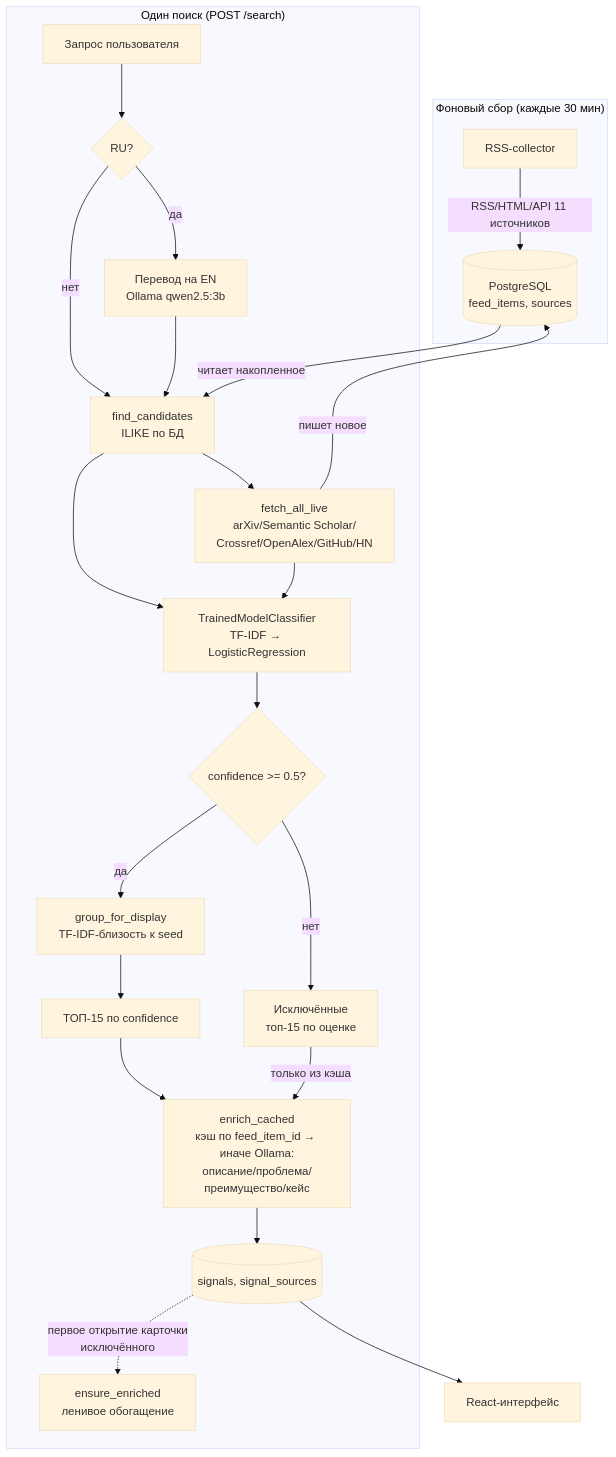
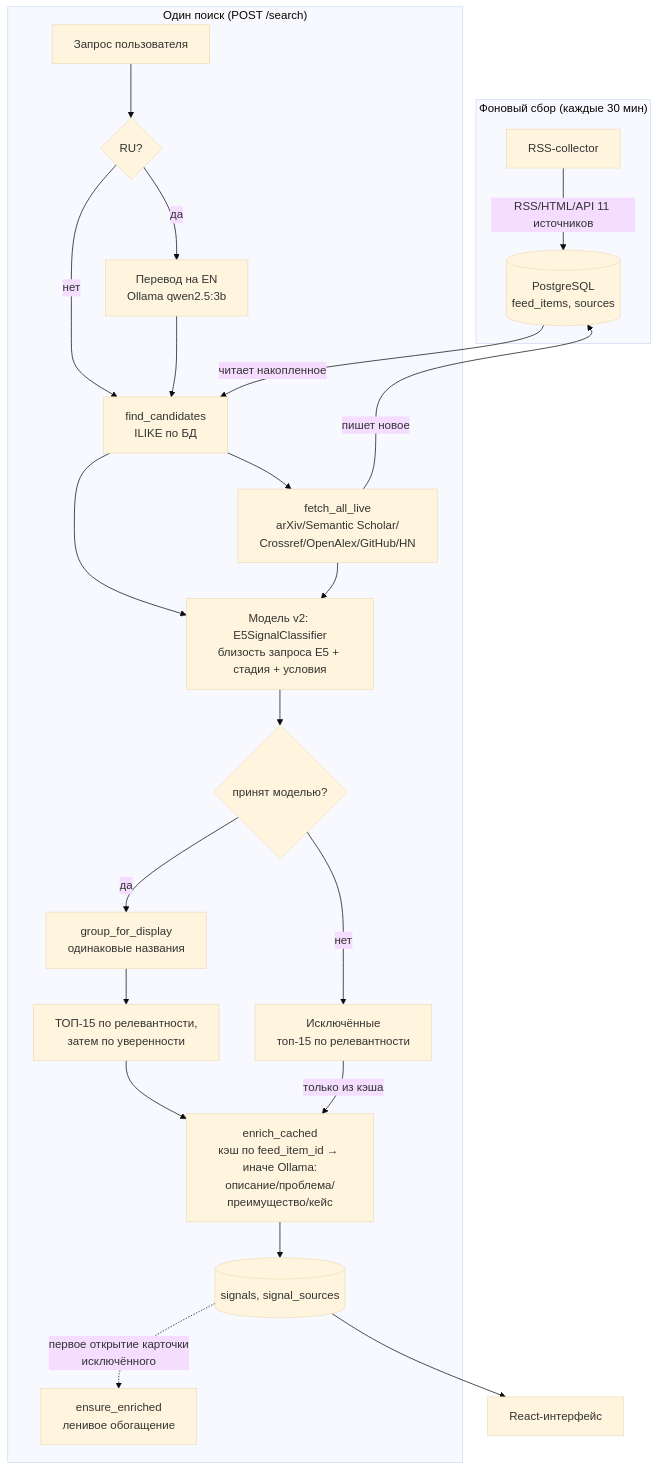
One commit to F-kite/lct26_hakaton changed the diagram in docs/PIPELINE.md. Above: the diagram before and after it, drawn with Mermaid (base theme). The commit also changed other lines of this file and 21 other files, not shown here.

````diff
--- a/docs/PIPELINE.md
+++ b/docs/PIPELINE.md
@@ -9,28 +9,28 @@
 ```mermaid
 flowchart TB
     subgraph background["Фоновый сбор (каждые 30 мин)"]
         RSS[RSS-collector] -->|RSS/HTML/API 11 источников| DB[(PostgreSQL<br/>feed_items, sources)]
     end
 
     subgraph search["Один поиск (POST /search)"]
         Q[Запрос пользователя] --> T{RU?}
         T -->|да| TR[Перевод на EN<br/>Ollama qwen2.5:3b]
         T -->|нет| C
         TR --> C[find_candidates<br/>ILIKE по БД]
         C --> L[fetch_all_live<br/>arXiv/Semantic Scholar/<br/>Crossref/OpenAlex/GitHub/HN]
         L -->|пишет новое| DB
         DB -->|читает накопленное| C
-        C --> S[TrainedModelClassifier<br/>TF-IDF → LogisticRegression]
+        C --> S[Модель v2: E5SignalClassifier<br/>близость запроса E5 + стадия + условия]
         L --> S
-        S --> F{confidence >= 0.5?}
-        F -->|да| G[group_for_display<br/>TF-IDF-близость к seed]
-        F -->|нет| EX[Исключённые<br/>топ-15 по оценке]
-        G --> TOP[ТОП-15 по confidence]
+        S --> F{принят моделью?}
+        F -->|да| G[group_for_display<br/>одинаковые названия]
+        F -->|нет| EX[Исключённые<br/>топ-15 по релевантности]
+        G --> TOP[ТОП-15 по релевантности,<br/>затем по уверенности]
         TOP --> EN[enrich_cached<br/>кэш по feed_item_id → иначе Ollama:<br/>описание/проблема/преимущество/кейс]
         EX -->|только из кэша| EN
         EN --> SAVE[(signals, signal_sources)]
         SAVE -.->|первое открытие карточки<br/>исключённого| LZ[ensure_enriched<br/>ленивое обогащение]
     end
 
     SAVE --> UI[React-интерфейс]
 ```
````
